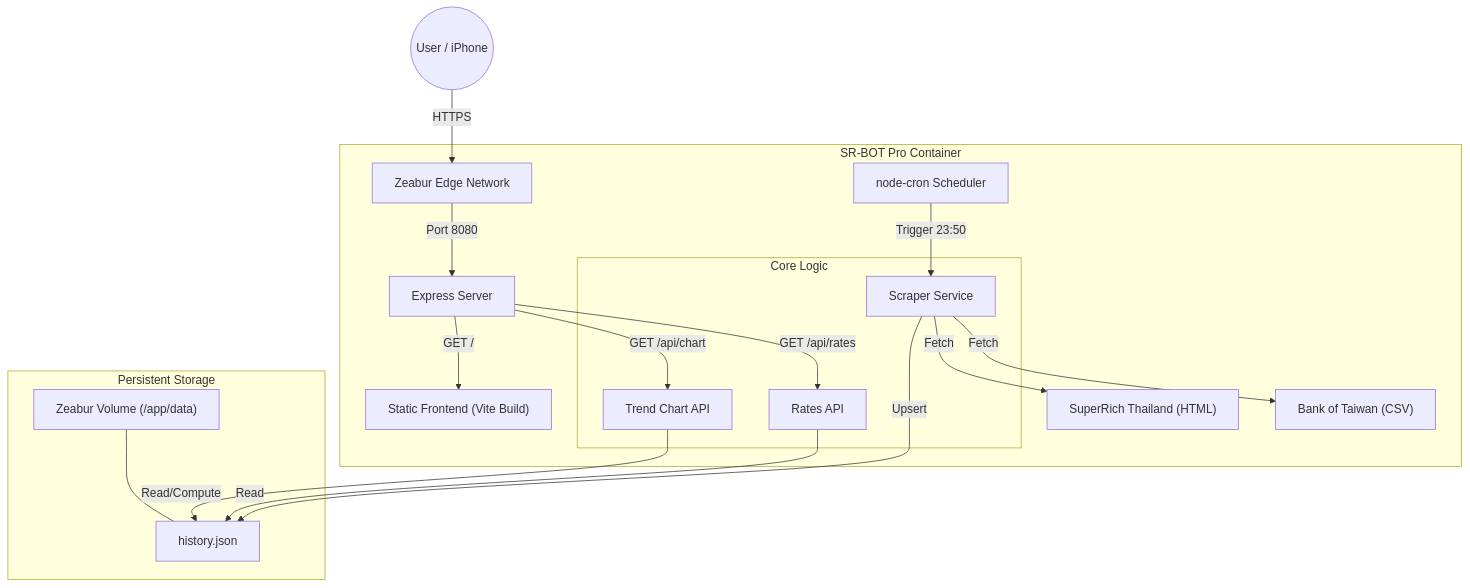
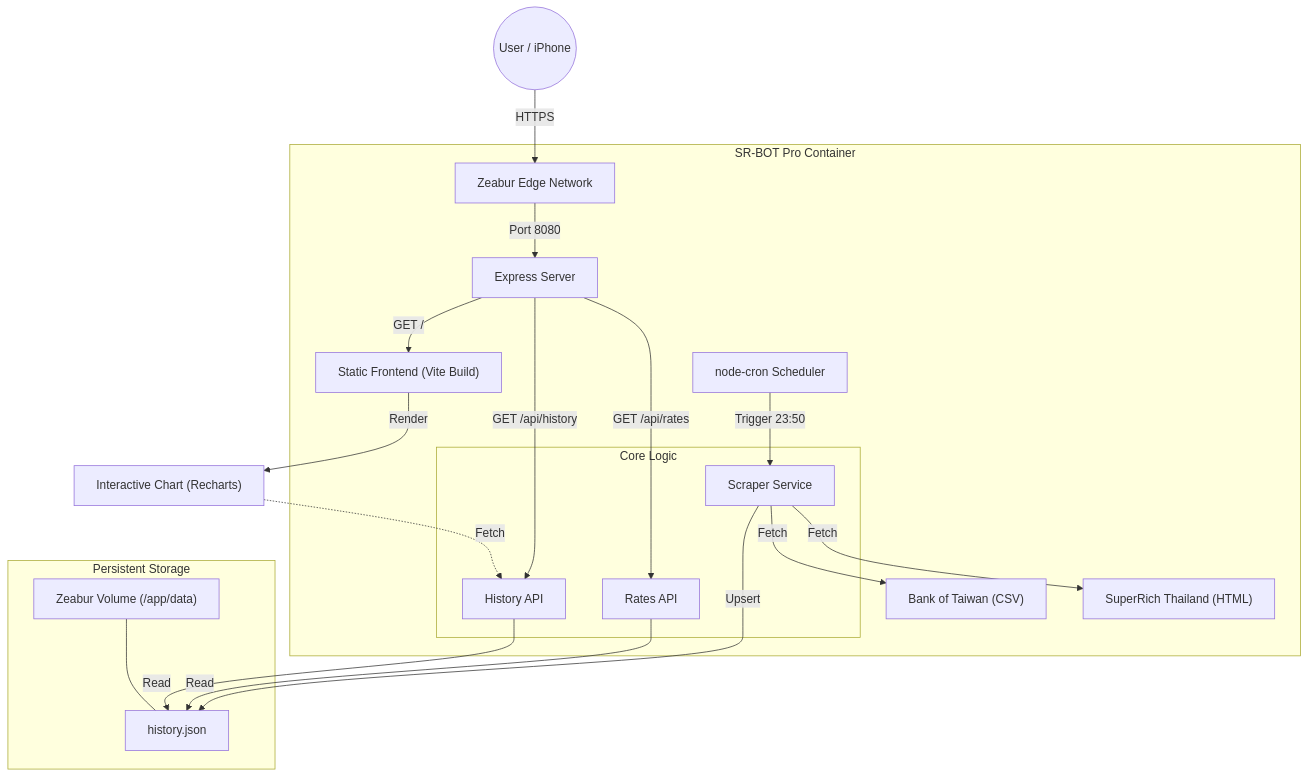
One commit to lawrence555-dev/sr-bot-pro-exchange changed the first of 2 diagrams in docs/SYSTEM_ANALYSIS.md. Above: the diagram before and after it, drawn with Mermaid. The commit also changed other lines of this file and 5 other files, not shown here.

Commit message:
feat: full system update with interactive charts and updated documentation

````diff
--- a/docs/SYSTEM_ANALYSIS.md
+++ b/docs/SYSTEM_ANALYSIS.md
@@ -7,33 +7,35 @@
 ```mermaid
 graph TD
     User(("User / iPhone")) -->|HTTPS| LoadBalancer["Zeabur Edge Network"]
     
     subgraph "SR-BOT Pro Container"
         LoadBalancer -->|Port 8080| Express[Express Server]
         
         Express -->|GET /| StaticFE["Static Frontend (Vite Build)"]
         Express -->|GET /api/rates| RatesAPI["Rates API"]
-        Express -->|GET /api/chart| ChartAPI["Trend Chart API"]
+        Express -->|GET /api/history| HistoryAPI["History API"]
         
         Scheduler["node-cron Scheduler"] -->|Trigger 23:50| ScraperService
         
         subgraph "Core Logic"
             ScraperService["Scraper Service"] 
             RatesAPI
-            ChartAPI
+            HistoryAPI
         end
         
         ScraperService -->|Fetch| BOT["Bank of Taiwan (CSV)"]
         ScraperService -->|Fetch| SR["SuperRich Thailand (HTML)"]
     end
     
     subgraph "Persistent Storage"
         Volume["Zeabur Volume (/app/data)"]
         HistoryFile[history.json]
     end
     
     ScraperService -->|Upsert| HistoryFile
     RatesAPI -->|Read| HistoryFile
-    ChartAPI -->|Read/Compute| HistoryFile
+    HistoryAPI -->|Read| HistoryFile
+    StaticFE -->|Render| Recharts["Interactive Chart (Recharts)"]
+    Recharts -.->|Fetch| HistoryAPI
     Volume --- HistoryFile
 ```
````
